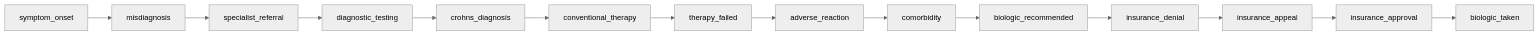
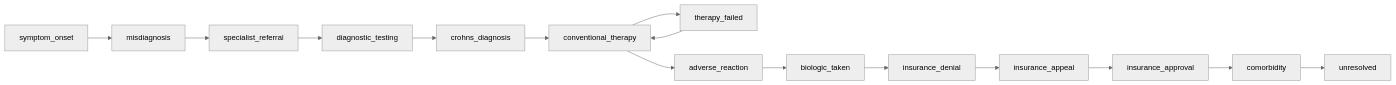
Diagram 14 of 50 in docs/referral_pathways.md (carecodeconnect/crohnicity), drawn with Mermaid before and after one commit. The commit also changed other lines of this file and 136 other files, not shown here.

````diff
--- a/docs/referral_pathways.md
+++ b/docs/referral_pathways.md
@@ -474,31 +520,32 @@
 ``` mermaid
 %%{init: {'theme':'neutral'}}%%
 flowchart LR
     n0["symptom_onset"]
     n1["misdiagnosis"]
     n2["specialist_referral"]
     n3["diagnostic_testing"]
     n4["crohns_diagnosis"]
     n5["conventional_therapy"]
     n6["therapy_failed"]
     n7["adverse_reaction"]
-    n8["comorbidity"]
-    n9["biologic_recommended"]
-    n10["insurance_denial"]
-    n11["insurance_appeal"]
-    n12["insurance_approval"]
-    n13["biologic_taken"]
+    n8["biologic_taken"]
+    n9["insurance_denial"]
+    n10["insurance_appeal"]
+    n11["insurance_approval"]
+    n12["comorbidity"]
+    n13["unresolved"]
     n0 -->n1
     n1 -->n2
     n2 -->n3
     n3 -->n4
     n4 -->n5
     n5 -->n6
-    n6 -->n7
+    n6 -->n5
+    n5 -->n7
     n7 -->n8
     n8 -->n9
     n9 -->n10
     n10 -->n11
     n11 -->n12
     n12 -->n13
 ```
````
